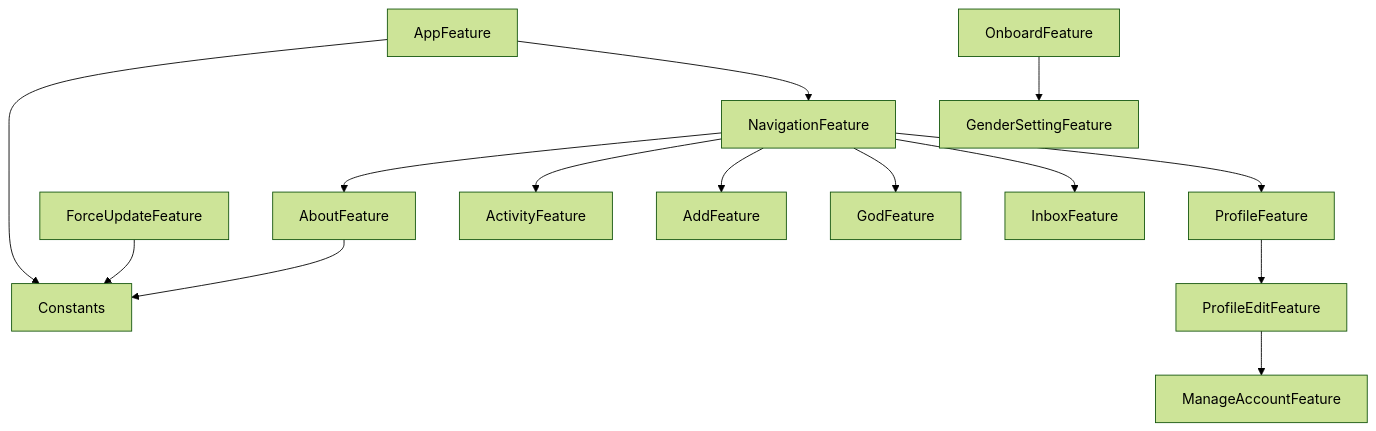
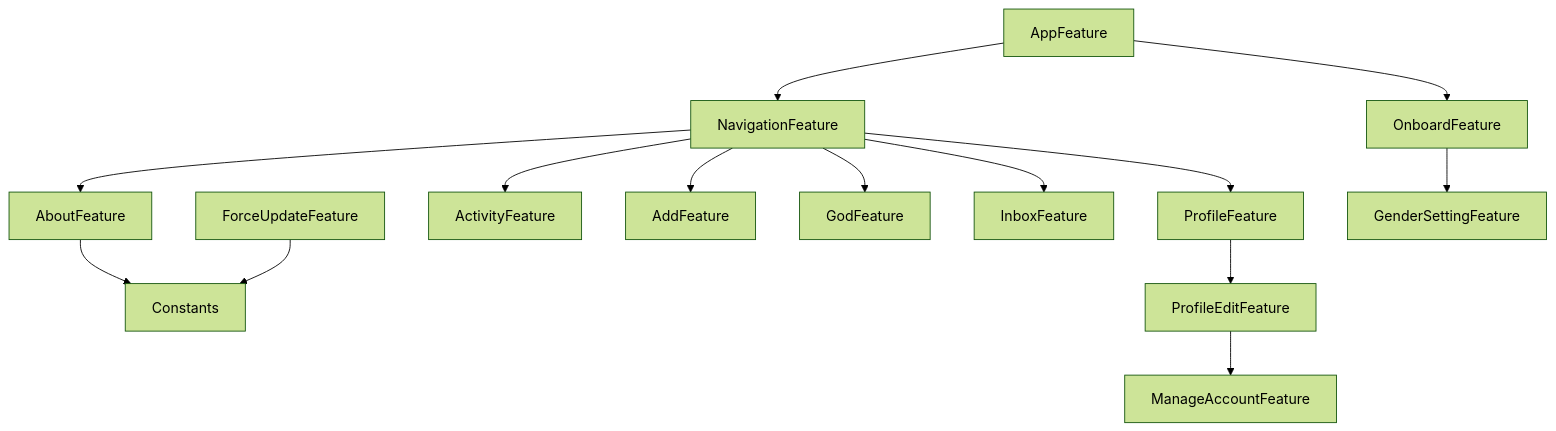
The diagram in Packages/GodPackage/README.md (0x1-company/god-ios), drawn with Mermaid (forest theme) before and after one commit.

Commit message:
Run dgraph

````diff
--- a/Packages/GodPackage/README.md
+++ b/Packages/GodPackage/README.md
@@ -6,16 +6,16 @@
 ```mermaid
 graph TD;
     AboutFeature-->Constants;
-    AppFeature-->Constants;
+    AppFeature-->OnboardFeature;
     AppFeature-->NavigationFeature;
     ForceUpdateFeature-->Constants;
     NavigationFeature-->AboutFeature;
     NavigationFeature-->ActivityFeature;
     NavigationFeature-->AddFeature;
     NavigationFeature-->GodFeature;
     NavigationFeature-->InboxFeature;
     NavigationFeature-->ProfileFeature;
     OnboardFeature-->GenderSettingFeature;
     ProfileEditFeature-->ManageAccountFeature;
     ProfileFeature-->ProfileEditFeature;
 ```
````
